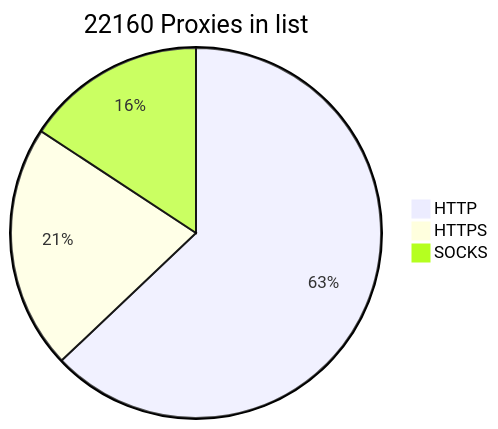
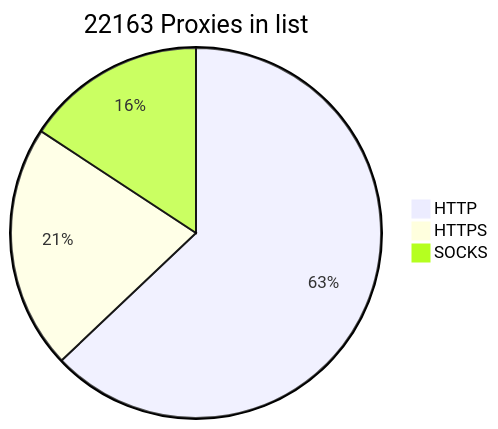
Before and after one commit to BlackSnowDot/proxylist-update-every-minute: the diagram in README.md, drawn with Mermaid.

````diff
--- a/README.md
+++ b/README.md
@@ -2,6 +2,6 @@
 ```mermaid
-pie title 22160 Proxies in list
-    "HTTP" : 15879
+pie title 22163 Proxies in list
+    "HTTP" : 15883
     "HTTPS": 5386
-    "SOCKS" : 3973
+    "SOCKS" : 3974
 ```
````
